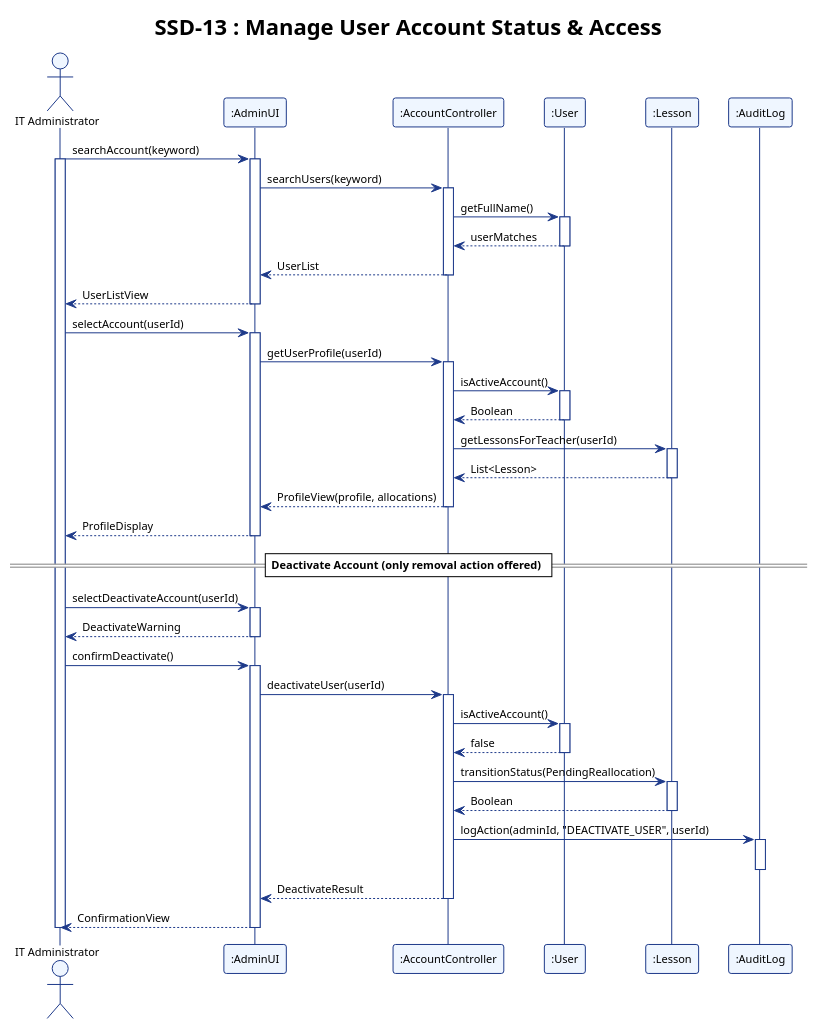
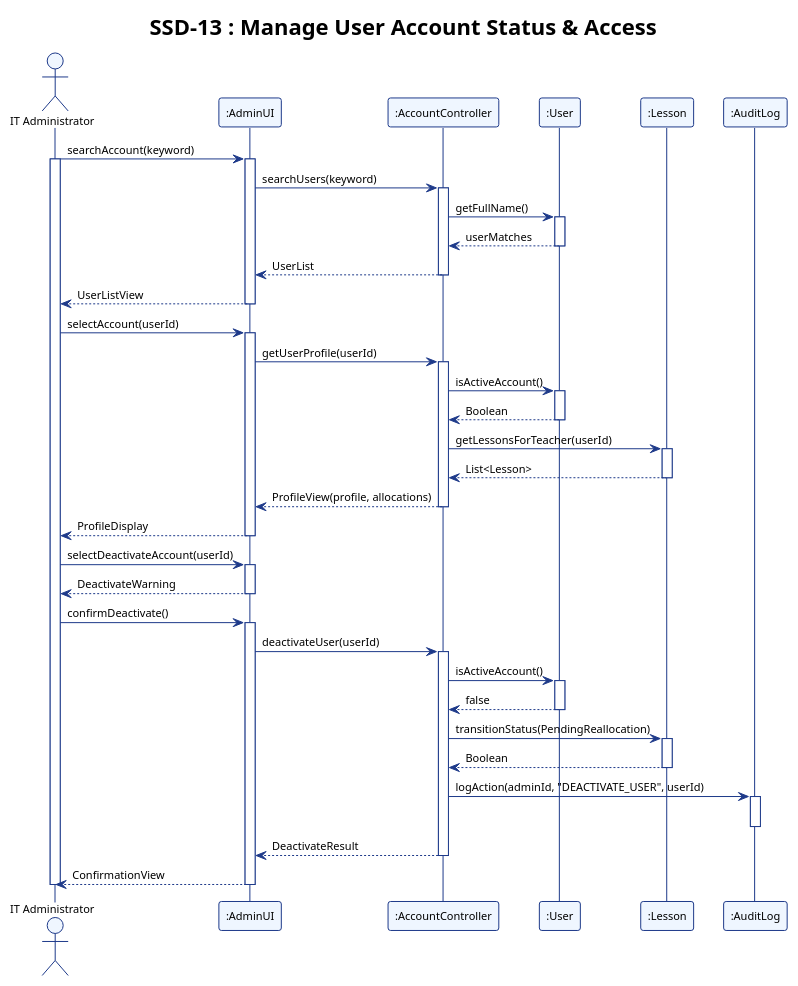
One commit to adoreblvnk/2001temp changed the diagram in report/assets/ssd_13.puml. Above: the diagram before and after it, drawn with PlantUML. The commit also changed 12 other files, not shown here.

First line of the commit message:
fix(diagrams): strip UML divider separators from sequence diagrams

```diff
--- a/report/assets/ssd_13.puml
+++ b/report/assets/ssd_13.puml
@@ -1,88 +1,87 @@
 @startuml ssd_13
 !theme plain
 skinparam shadowing false
 skinparam defaultFontName "Helvetica", "Arial", sans-serif
 skinparam defaultFontSize 11
 skinparam sequence {
     ParticipantBorderColor #1E3A8A
     ParticipantBackgroundColor #EFF6FF
     LifeLineBorderColor #1E3A8A
     LifeLineBackgroundColor #FFFFFF
     ArrowColor #1E3A8A
     ActorBorderColor #1E3A8A
     ActorBackgroundColor #EFF6FF
 }
 
 title SSD-13 : Manage User Account Status & Access
 
 actor "IT Administrator" as ITAdmin
 participant ":AdminUI" as AdminUI
 participant ":AccountController" as AccountController
 participant ":User" as User
 participant ":Lesson" as Lesson
 participant ":AuditLog" as AuditLog
 
 ITAdmin -> AdminUI : searchAccount(keyword)
 activate ITAdmin
 activate AdminUI
 AdminUI -> AccountController : searchUsers(keyword)
 activate AccountController
 AccountController -> User : getFullName()
 activate User
 User --> AccountController : userMatches
 deactivate User
 AccountController --> AdminUI : UserList
 deactivate AccountController
 AdminUI --> ITAdmin : UserListView
 deactivate AdminUI
 
 ITAdmin -> AdminUI : selectAccount(userId)
 activate AdminUI
 AdminUI -> AccountController : getUserProfile(userId)
 activate AccountController
 AccountController -> User : isActiveAccount()
 activate User
 User --> AccountController : Boolean
 deactivate User
 AccountController -> Lesson : getLessonsForTeacher(userId)
 activate Lesson
 Lesson --> AccountController : List<Lesson>
 deactivate Lesson
 AccountController --> AdminUI : ProfileView(profile, allocations)
 deactivate AccountController
 AdminUI --> ITAdmin : ProfileDisplay
 deactivate AdminUI
 
-== Deactivate Account (only removal action offered) ==
 
 ITAdmin -> AdminUI : selectDeactivateAccount(userId)
 activate AdminUI
 AdminUI --> ITAdmin : DeactivateWarning
 deactivate AdminUI
 
 ITAdmin -> AdminUI : confirmDeactivate()
 activate AdminUI
 AdminUI -> AccountController : deactivateUser(userId)
 activate AccountController
 
 AccountController -> User : isActiveAccount()
 activate User
 User --> AccountController : false
 deactivate User
 
 AccountController -> Lesson : transitionStatus(PendingReallocation)
 activate Lesson
 Lesson --> AccountController : Boolean
 deactivate Lesson
 
 AccountController -> AuditLog : logAction(adminId, "DEACTIVATE_USER", userId)
 activate AuditLog
 deactivate AuditLog
 
 AccountController --> AdminUI : DeactivateResult
 deactivate AccountController
 AdminUI --> ITAdmin : ConfirmationView
 deactivate AdminUI
 
 deactivate ITAdmin
 @enduml
```
